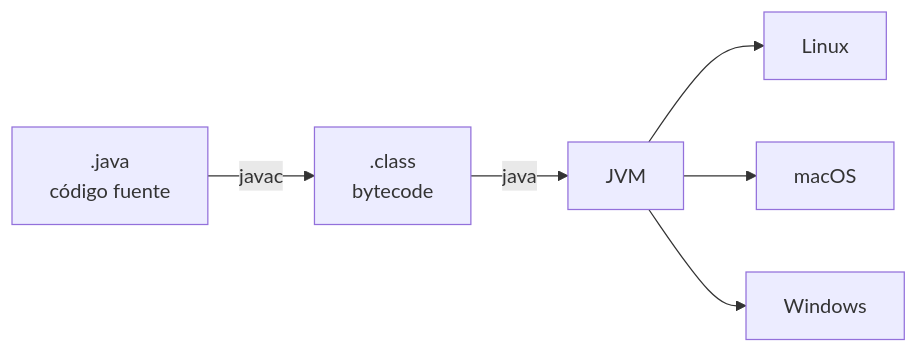
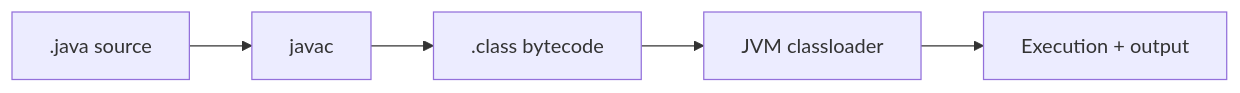
Before and after one commit to NICORUIZ93/The_Imperial_Book: the diagram in web/public/content/java/modulo-0.md, drawn with Mermaid. The commit also changed other lines of this file and 1 other file, not shown here.

First line of the commit message:
java: reescribe M0 fundamentos al patron 5 pasos

````diff
--- a/web/public/content/java/modulo-0.md
+++ b/web/public/content/java/modulo-0.md
@@ -179,8 +19,7 @@
 ```mermaid
 flowchart LR
-  S[.java\ncódigo fuente] -->|javac| B[.class\nbytecode]
-  B -->|java| J[JVM]
-  J --> L[Linux]
-  J --> M[macOS]
-  J --> W[Windows]
+  S[.java source] --> J[javac]
+  J --> B[.class bytecode]
+  B --> V[JVM classloader]
+  V --> E[Execution + output]
 ```
````
